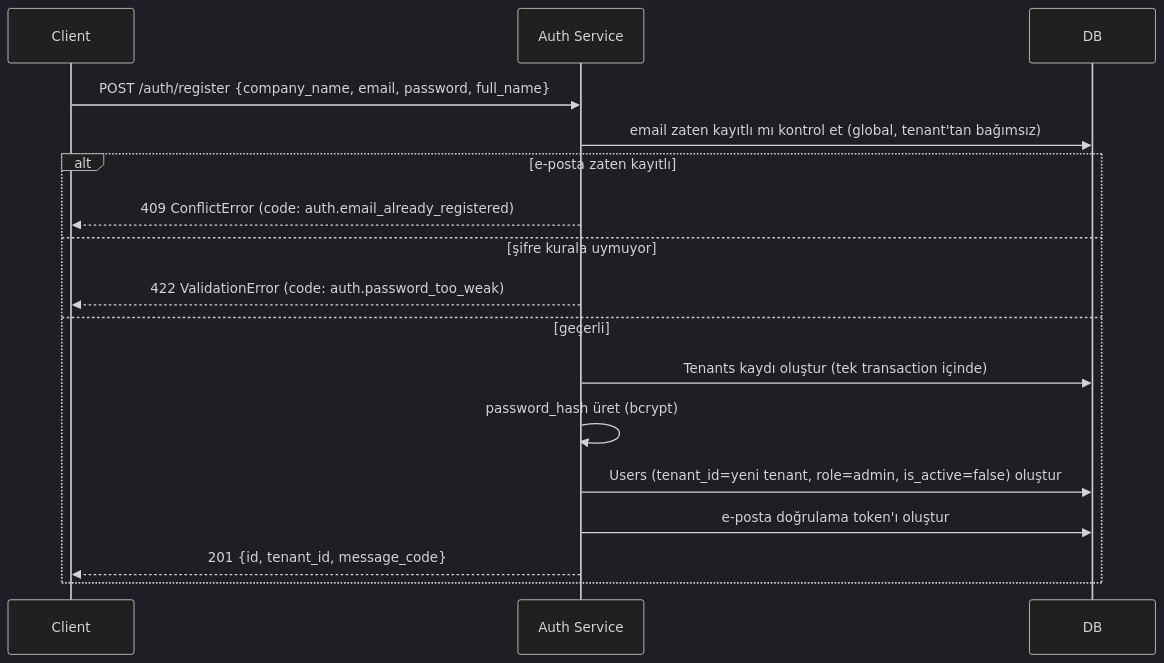
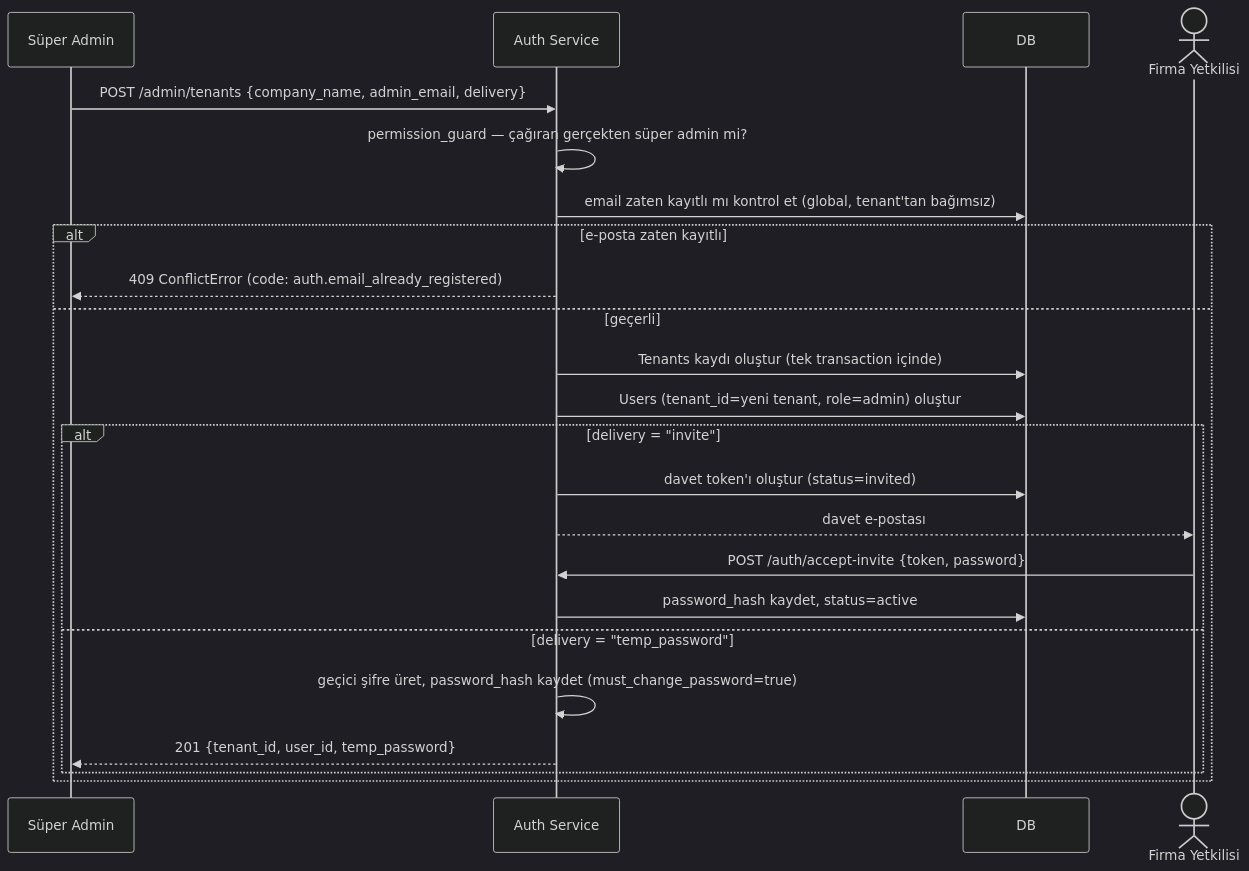
The diagram in docs/use-cases/user-registration.mdx (yusufkrnz/NPBackDocs), drawn with Mermaid (dark theme) before and after one commit. The commit also changed other lines of this file and 5 other files, not shown here.

First line of the commit message:
Kayıt akışını düzelt: self-servis değil, süper admin tenant+ilk admin oluşturur

````diff
--- a/docs/use-cases/user-registration.mdx
+++ b/docs/use-cases/user-registration.mdx
@@ -33,20 +46,27 @@
 ```mermaid
 sequenceDiagram
-    participant Client
+    participant SA as Süper Admin
     participant Auth as Auth Service
     participant DB
+    actor Yetkili as Firma Yetkilisi
 
-    Client->>Auth: POST /auth/register {company_name, email, password, full_name}
+    SA->>Auth: POST /admin/tenants {company_name, admin_email, delivery}
+    Auth->>Auth: permission_guard — çağıran gerçekten süper admin mi?
     Auth->>DB: email zaten kayıtlı mı kontrol et (global, tenant'tan bağımsız)
     alt e-posta zaten kayıtlı
-        Auth-->>Client: 409 ConflictError (code: auth.email_already_registered)
-    else şifre kurala uymuyor
-        Auth-->>Client: 422 ValidationError (code: auth.password_too_weak)
+        Auth-->>SA: 409 ConflictError (code: auth.email_already_registered)
     else geçerli
         Auth->>DB: Tenants kaydı oluştur (tek transaction içinde)
-        Auth->>Auth: password_hash üret (bcrypt)
-        Auth->>DB: Users (tenant_id=yeni tenant, role=admin, is_active=false) oluştur
-        Auth->>DB: e-posta doğrulama token'ı oluştur
-        Auth-->>Client: 201 {id, tenant_id, message_code}
+        Auth->>DB: Users (tenant_id=yeni tenant, role=admin) oluştur
+
+        alt delivery = "invite"
+            Auth->>DB: davet token'ı oluştur (status=invited)
+            Auth-->>Yetkili: davet e-postası
+            Yetkili->>Auth: POST /auth/accept-invite {token, password}
+            Auth->>DB: password_hash kaydet, status=active
+        else delivery = "temp_password"
+            Auth->>Auth: geçici şifre üret, password_hash kaydet (must_change_password=true)
+            Auth-->>SA: 201 {tenant_id, user_id, temp_password}
+        end
     end
 ```
````
